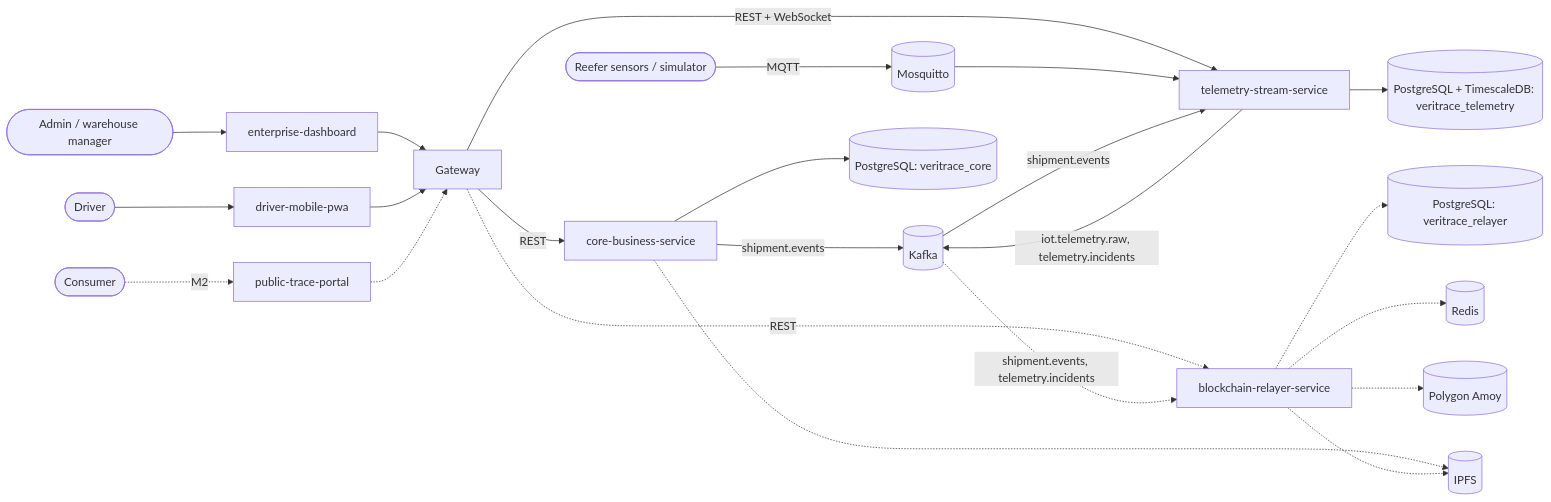
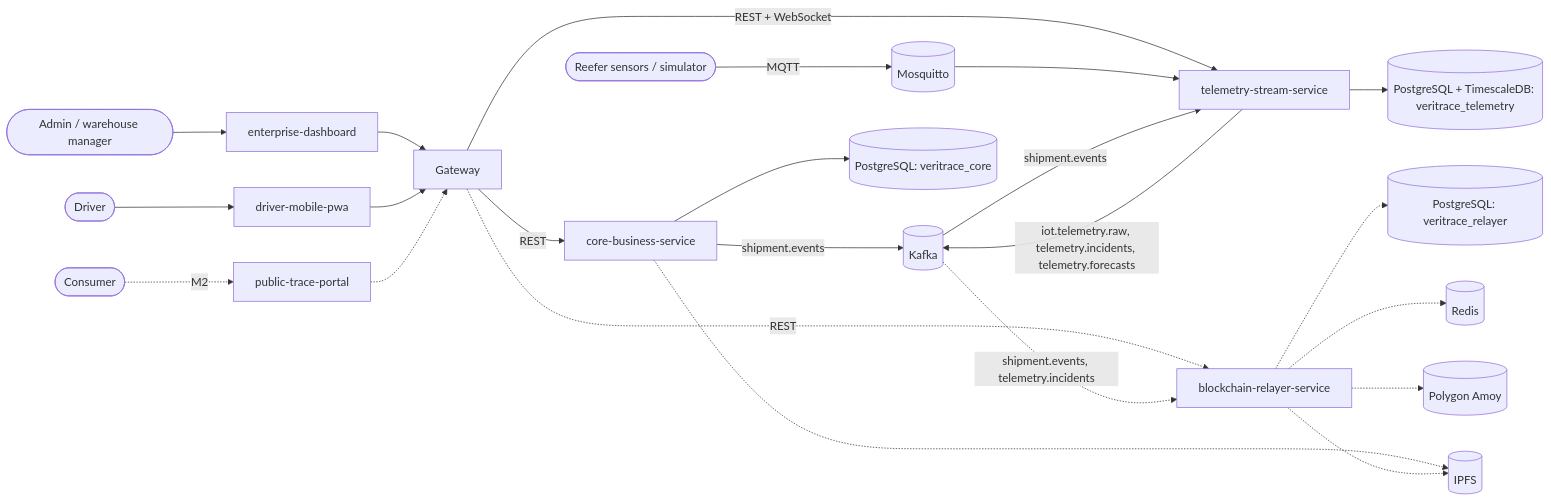
The first of 3 diagrams in docs/architecture/overview.md (veritrace-platform/veritrace), drawn with Mermaid before and after one commit. The commit also changed other lines of this file and 13 other files, not shown here.

````diff
--- a/docs/architecture/overview.md
+++ b/docs/architecture/overview.md
@@ -17,29 +17,29 @@
 ```mermaid
 flowchart LR
     admin([Admin / warehouse manager]) --> dash[enterprise-dashboard]
     driver([Driver]) --> pwa[driver-mobile-pwa]
     consumer([Consumer]) -.M2.-> portal[public-trace-portal]
     sensors([Reefer sensors / simulator]) -->|MQTT| mqtt[(Mosquitto)]
 
     dash --> gw[Gateway]
     pwa --> gw
     portal -.-> gw
 
     gw -->|REST| core[core-business-service]
     gw -->|REST + WebSocket| stream[telemetry-stream-service]
     gw -.REST.-> relayer[blockchain-relayer-service]
 
     mqtt --> stream
     core -->|shipment.events| kafka[(Kafka)]
-    stream -->|iot.telemetry.raw, telemetry.incidents| kafka
+    stream -->|iot.telemetry.raw, telemetry.incidents, telemetry.forecasts| kafka
     kafka -->|shipment.events| stream
     kafka -.->|shipment.events, telemetry.incidents| relayer
 
     core --> coredb[(PostgreSQL: veritrace_core)]
     stream --> tsdb[(PostgreSQL + TimescaleDB: veritrace_telemetry)]
     relayer -.-> reldb[(PostgreSQL: veritrace_relayer)]
     relayer -.-> redis[(Redis)]
     relayer -.-> chain[(Polygon Amoy)]
     core -.-> ipfs[(IPFS)]
     relayer -.-> ipfs
 ```
````
